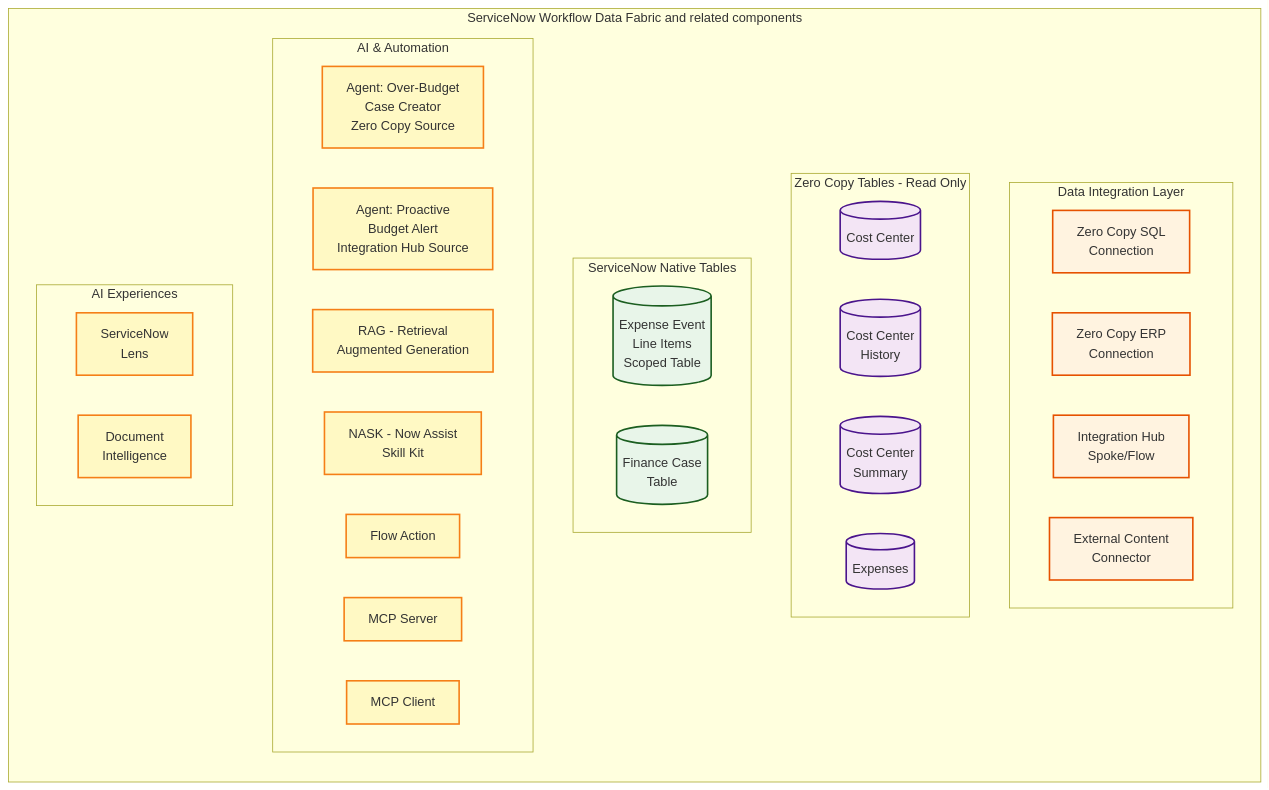
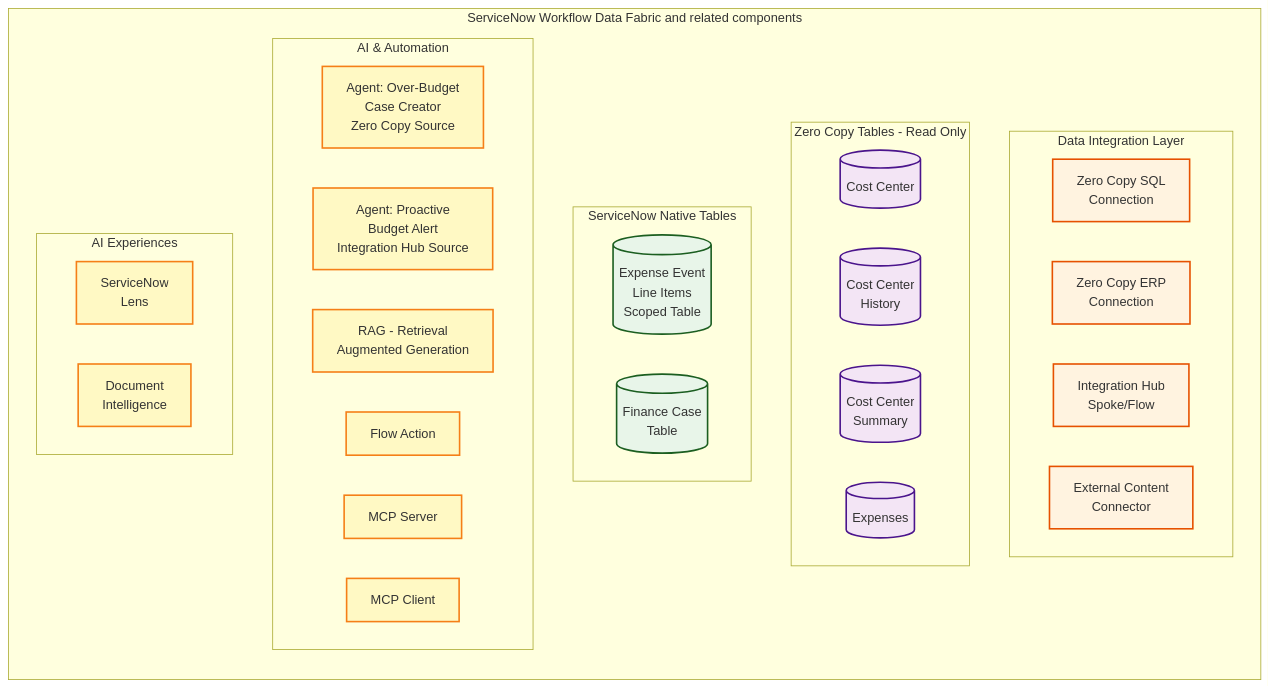
Before and after one commit to leojacinto/WorkflowDataFabric-TypeA: the third of 4 diagrams in 0_WDF_Diagrams.md, drawn with Mermaid. The commit also changed other lines of this file and 3 other files, not shown here.

````diff
--- a/0_WDF_Diagrams.md
+++ b/0_WDF_Diagrams.md
@@ -74,54 +74,53 @@
 ```mermaid
 graph LR
     subgraph "ServiceNow Workflow Data Fabric and related components"
         subgraph "Data Integration Layer"
             ZeroCopySQL[Zero Copy SQL<br/>Connection]
             ZeroCopyERP[Zero Copy ERP<br/>Connection]
             IntHub[Integration Hub<br/>Spoke/Flow]
             ExtContent[External Content<br/>Connector]
         end
 
         subgraph "Zero Copy Tables - Read Only"
             ZCCC[(Cost Center)]
             ZCCH[(Cost Center</br>History)]
             ZCCS[(Cost Center</br>Summary)]
             ZCExp[(Expenses)]
         end
 
         subgraph "ServiceNow Native Tables"
             ExpenseTable[(Expense Event<br/>Line Items<br/>Scoped Table)]
             FinCase[(Finance Case<br/>Table)]
         end
 
 
         subgraph "AI & Automation"
             Agent1[Agent: Over-Budget<br/>Case Creator<br/>Zero Copy Source]
             Agent2[Agent: Proactive<br/>Budget Alert<br/>Integration Hub Source]
             RAG[RAG - Retrieval<br/>Augmented Generation]
-            NASK[NASK - Now Assist<br/>Skill Kit]
             FlowAction[Flow Action]
             MCP[MCP Server]
             MCPC[MCP Client]
         end
 
         subgraph "AI Experiences"
             Lens["ServiceNow</br>Lens"]
             DocIntel["Document</br>Intelligence"]
         end
     end
 
     %% Styling
     classDef external fill:#e1f5ff,stroke:#01579b,stroke-width:2px
     classDef integration fill:#fff3e0,stroke:#e65100,stroke-width:2px
     classDef zeroCopy fill:#f3e5f5,stroke:#4a148c,stroke-width:2px
     classDef native fill:#e8f5e9,stroke:#1b5e20,stroke-width:2px
     classDef ai fill:#fff9c4,stroke:#f57f17,stroke-width:2px
     classDef user fill:#e3f2fd,stroke:#1565c0,stroke-width:3px
 
     class ERP,ExpenseAPI,SharePoint,CDW external
     class ZeroCopySQL,ZeroCopyERP,IntHub,ExtContent integration
     class ZCCC,ZCCH,ZCCS,ZCExp zeroCopy
     class ExpenseTable,FinCase,FinVar native
     class Agent1,Agent2,RAG,NASK,FlowAction,MCP,MCPC,GGraph,NLQuery,Lens,DocIntel ai
     class Employee,EC,ControlTower,ClaudeDesktop user
 ```
````
